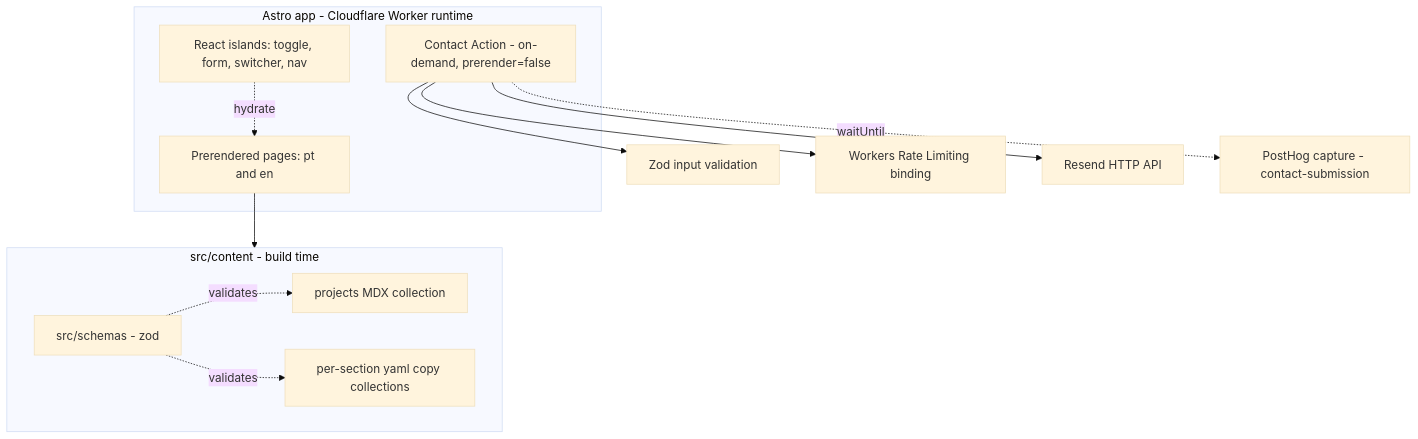
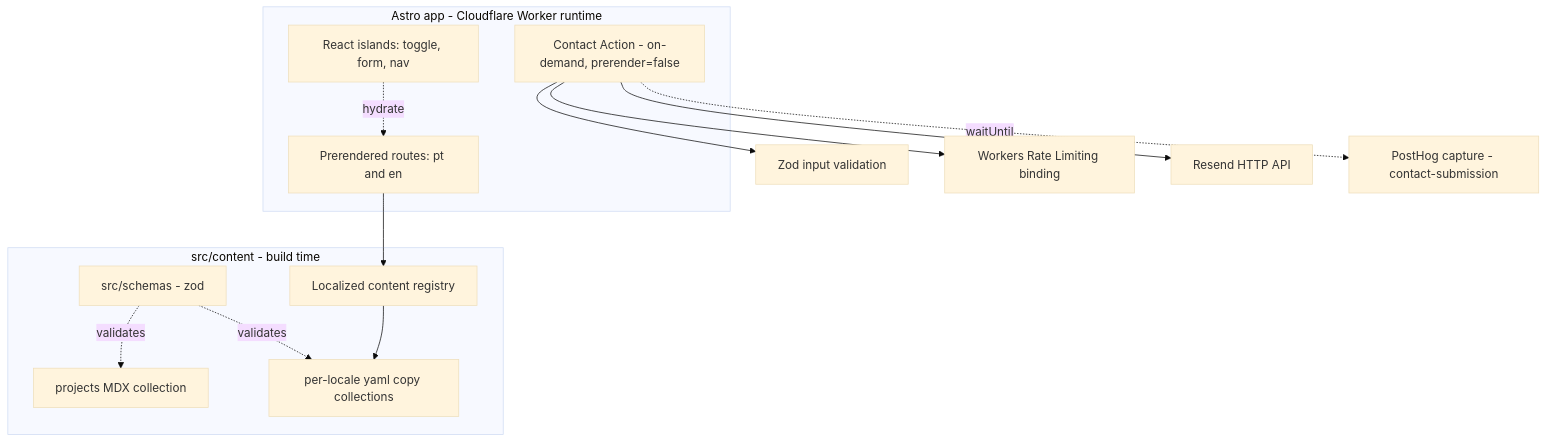
Before and after one commit to adeonir/adeonir.dev: the first of 3 diagrams in docs/tech/design-doc.md, drawn with Mermaid (base theme). The commit also changed other lines of this file, not shown here.

Commit message:
docs: document the implemented i18n architecture

````diff
--- a/docs/tech/design-doc.md
+++ b/docs/tech/design-doc.md
@@ -76,21 +80,23 @@
 ```mermaid
 flowchart TD
   subgraph App[Astro app - Cloudflare Worker runtime]
-    Pages[Prerendered pages: pt and en]
+    Pages[Prerendered routes: pt and en]
     Action[Contact Action - on-demand, prerender=false]
-    Islands[React islands: toggle, form, switcher, nav]
+    Islands[React islands: toggle, form, nav]
   end
   subgraph Content[src/content - build time]
     MDX[projects MDX collection]
-    Copy[per-section yaml copy collections]
+    Copy[per-locale yaml copy collections]
+    Registry[Localized content registry]
     Schemas[src/schemas - zod]
   end
-  Pages --> Content
+  Pages --> Registry
+  Registry --> Copy
   Schemas -. validates .-> MDX
   Schemas -. validates .-> Copy
   Islands -. hydrate .-> Pages
   Action --> Zod[Zod input validation]
   Action --> RL[Workers Rate Limiting binding]
   Action --> Resend[Resend HTTP API]
   Action -. waitUntil .-> PostHog[PostHog capture - contact-submission]
 ```
````
